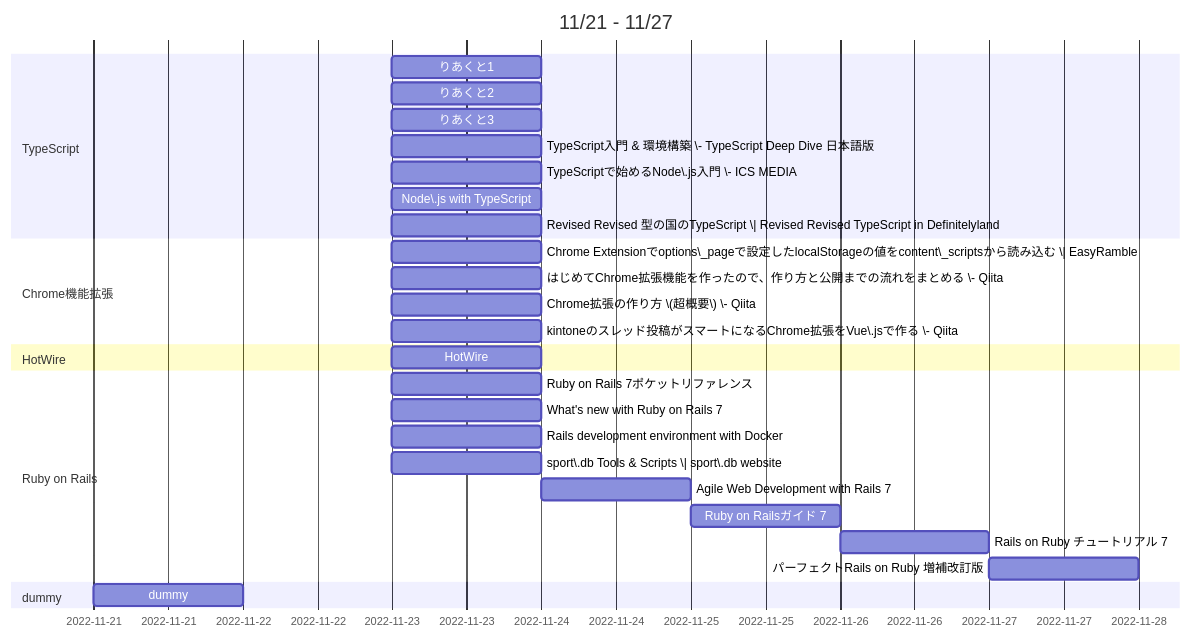
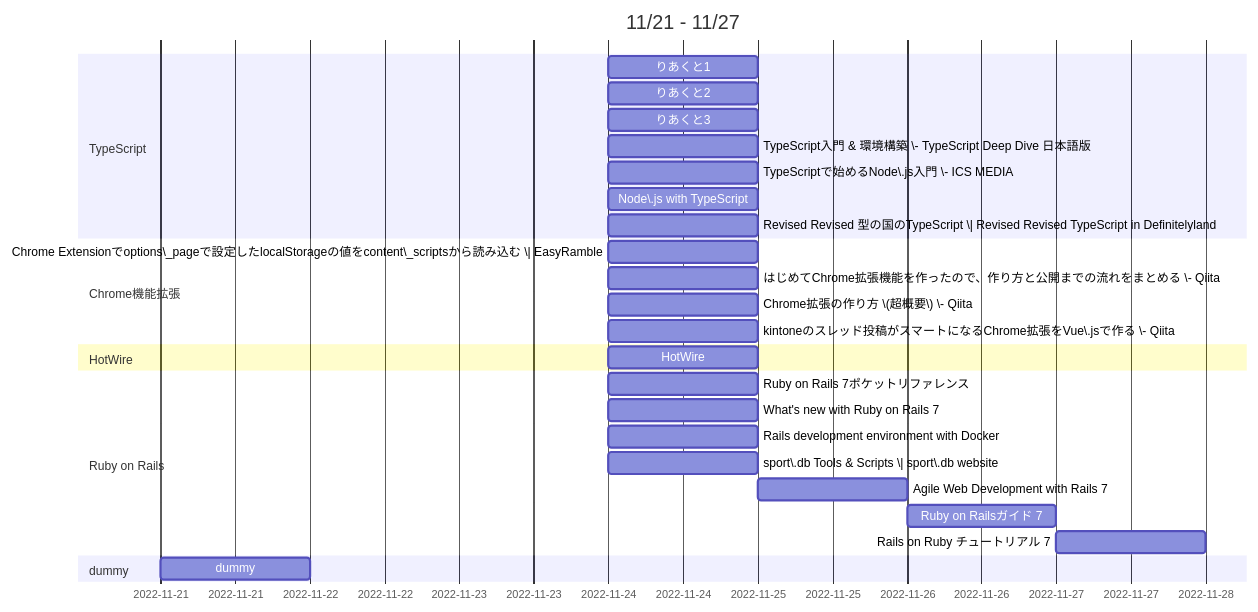
Before and after one commit to ykominami/gantt2: the fourth of 6 diagrams in test_data/GANTT.md, drawn with Mermaid. The commit also changed other lines of this file and 8 other files, not shown here.

````diff
--- a/test_data/GANTT.md
+++ b/test_data/GANTT.md
@@ -26,30 +26,29 @@
 ```mermaid
 gantt
     title 11/21 - 11/27
     section TypeScript
-    りあくと1: , 2022-11-23, 1d
-    りあくと2: , 2022-11-23, 1d
-    りあくと3: , 2022-11-23, 1d
-    TypeScript入門 & 環境構築 \- TypeScript Deep Dive 日本語版: , 2022-11-23, 1d
-    TypeScriptで始めるNode\.js入門 \- ICS MEDIA: , 2022-11-23, 1d
-    Node\.js with TypeScript: , 2022-11-23, 1d
-    Revised Revised 型の国のTypeScript \| Revised Revised TypeScript in Definitelyland: , 2022-11-23, 1d
+    りあくと1: , 2022-11-24, 1d
+    りあくと2: , 2022-11-24, 1d
+    りあくと3: , 2022-11-24, 1d
+    TypeScript入門 & 環境構築 \- TypeScript Deep Dive 日本語版: , 2022-11-24, 1d
+    TypeScriptで始めるNode\.js入門 \- ICS MEDIA: , 2022-11-24, 1d
+    Node\.js with TypeScript: , 2022-11-24, 1d
+    Revised Revised 型の国のTypeScript \| Revised Revised TypeScript in Definitelyland: , 2022-11-24, 1d
     section Chrome機能拡張
-    Chrome Extensionでoptions\_pageで設定したlocalStorageの値をcontent\_scriptsから読み込む \| EasyRamble: , 2022-11-23, 1d
-    はじめてChrome拡張機能を作ったので、作り方と公開までの流れをまとめる \- Qiita: , 2022-11-23, 1d
-    Chrome拡張の作り方 \(超概要\) \- Qiita: , 2022-11-23, 1d
-    kintoneのスレッド投稿がスマートになるChrome拡張をVue\.jsで作る \- Qiita: , 2022-11-23, 1d
+    Chrome Extensionでoptions\_pageで設定したlocalStorageの値をcontent\_scriptsから読み込む \| EasyRamble: , 2022-11-24, 1d
+    はじめてChrome拡張機能を作ったので、作り方と公開までの流れをまとめる \- Qiita: , 2022-11-24, 1d
+    Chrome拡張の作り方 \(超概要\) \- Qiita: , 2022-11-24, 1d
+    kintoneのスレッド投稿がスマートになるChrome拡張をVue\.jsで作る \- Qiita: , 2022-11-24, 1d
     section HotWire
-    HotWire: , 2022-11-23, 1d
+    HotWire: , 2022-11-24, 1d
     section Ruby on Rails
-    Ruby on Rails 7ポケットリファレンス: , 2022-11-23, 1d
-    What's new with Ruby on Rails 7: , 2022-11-23, 1d
-    Rails development environment with Docker: , 2022-11-23, 1d
-    sport\.db Tools & Scripts \| sport\.db website: , 2022-11-23, 1d
-    Agile Web Development with Rails 7: , 2022-11-24, 1d
-    Ruby on Railsガイド 7: , 2022-11-25, 1d
-    Rails on Ruby チュートリアル 7: , 2022-11-26, 1d
-    パーフェクトRails on Ruby 増補改訂版: , 2022-11-27, 1d
+    Ruby on Rails 7ポケットリファレンス: , 2022-11-24, 1d
+    What's new with Ruby on Rails 7: , 2022-11-24, 1d
+    Rails development environment with Docker: , 2022-11-24, 1d
+    sport\.db Tools & Scripts \| sport\.db website: , 2022-11-24, 1d
+    Agile Web Development with Rails 7: , 2022-11-25, 1d
+    Ruby on Railsガイド 7: , 2022-11-26, 1d
+    Rails on Ruby チュートリアル 7: , 2022-11-27, 1d
     section dummy
     dummy: , 2022-11-21, 1d
 ```
````
